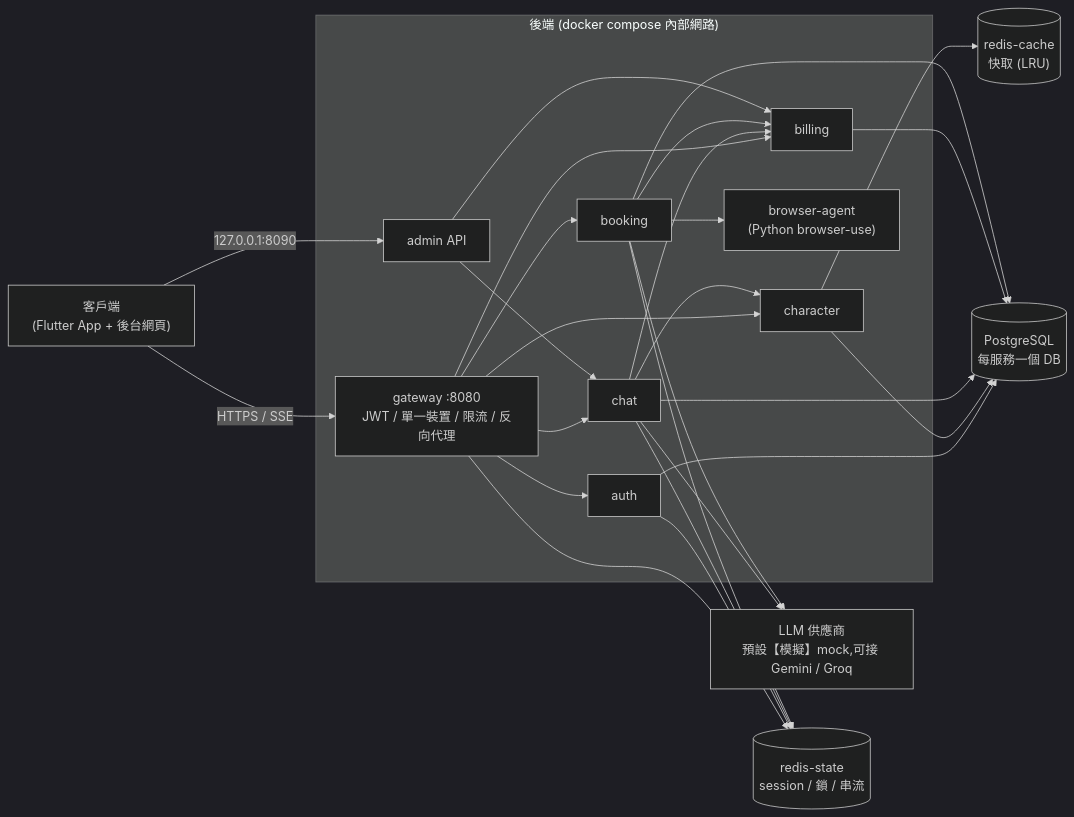
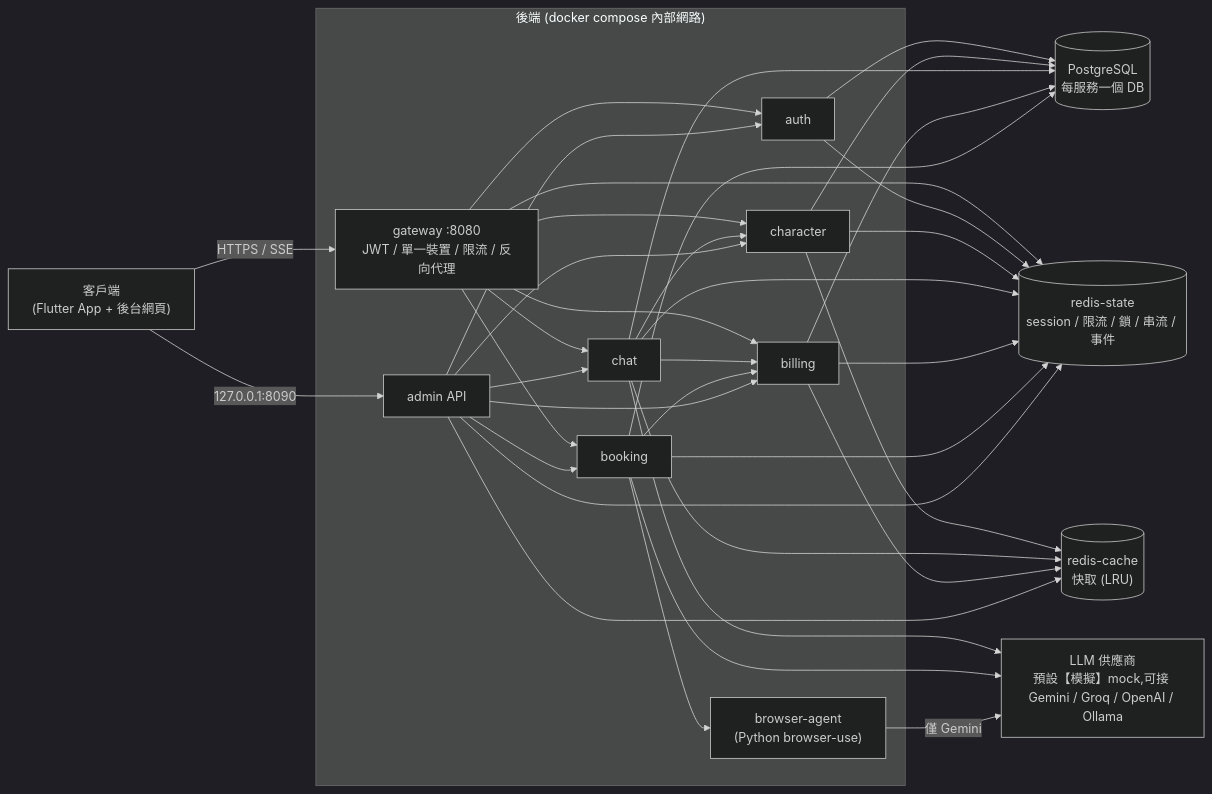
One commit to MTsung/heph-ai-homework changed the first of 4 diagrams in docs/ARCHITECTURE-DIAGRAMS.md. Above: the diagram before and after it, drawn with Mermaid (dark theme). The commit also changed other lines of this file and 2 other files, not shown here.

Commit message:
docs: 架構圖改用 Mermaid 並對照程式碼修正，註明 browser-agent 只支援 Gemini

````diff
--- a/docs/ARCHITECTURE-DIAGRAMS.md
+++ b/docs/ARCHITECTURE-DIAGRAMS.md
@@ -7,40 +7,44 @@
 ```mermaid
 flowchart LR
     Client["客戶端<br/>(Flutter App + 後台網頁)"]
 
     subgraph Backend["後端 (docker compose 內部網路)"]
         GW["gateway :8080<br/>JWT / 單一裝置 / 限流 / 反向代理"]
         AUTH["auth"]
         CHAR["character"]
         CHAT["chat"]
         BILL["billing"]
         BOOK["booking"]
         BA["browser-agent<br/>(Python browser-use)"]
         ADMIN["admin API"]
     end
 
-    LLM["LLM 供應商<br/>預設【模擬】mock,可接 Gemini / Groq"]
+    LLM["LLM 供應商<br/>預設【模擬】mock,可接 Gemini / Groq / OpenAI / Ollama"]
     PG[("PostgreSQL<br/>每服務一個 DB")]
-    RS[("redis-state<br/>session / 鎖 / 串流")]
+    RS[("redis-state<br/>session / 限流 / 鎖 / 串流 / 事件")]
     RC[("redis-cache<br/>快取 (LRU)")]
 
     Client -- "HTTPS / SSE" --> GW
     Client -- "127.0.0.1:8090" --> ADMIN
     GW --> AUTH
     GW --> CHAR
     GW --> CHAT
     GW --> BOOK
     GW --> BILL
     CHAT --> BILL
     CHAT --> CHAR
     CHAT --> LLM
     BOOK --> BILL
     BOOK --> LLM
     BOOK --> BA
+    BA -- "僅 Gemini" --> LLM
+    ADMIN --> AUTH
+    ADMIN --> CHAR
     ADMIN --> CHAT
+    ADMIN --> BOOK
     ADMIN --> BILL
 
     AUTH & CHAR & CHAT & BILL & BOOK --> PG
-    GW & AUTH & CHAT & BOOK --> RS
-    CHAR --> RC
+    GW & AUTH & CHAR & CHAT & BILL & BOOK & ADMIN --> RS
+    CHAR & CHAT & BILL & ADMIN --> RC
 ```
````
